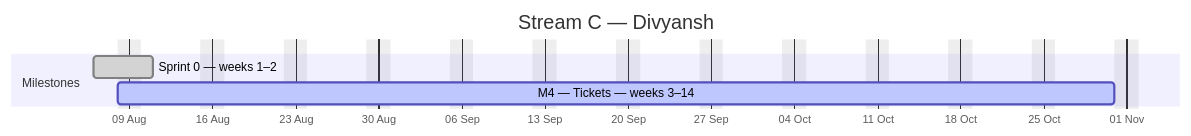
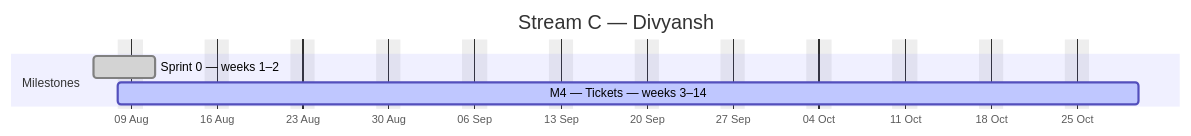
One commit to debashisedunext/EduTrack changed the third of 4 diagrams in docs/plan/GANTT.md. Above: the diagram before and after it, drawn with Mermaid. The commit also changed other lines of this file and 3 other files, not shown here.

````diff
--- a/docs/plan/GANTT.md
+++ b/docs/plan/GANTT.md
@@ -144,10 +142,10 @@
 ```mermaid
 gantt
     dateFormat YYYY-MM-DD
     axisFormat %d %b
     title Stream C — Divyansh
     excludes weekends
     section Milestones
     Sprint 0 — weeks 1–2 :done, c0, 2026-08-06, 3d
-    M4 — Tickets — weeks 3–14 :active, c1, 2026-08-08, 61d
+    M4 — Tickets — weeks 3–14 :active, c1, 2026-08-08, 60d
 ```
````
